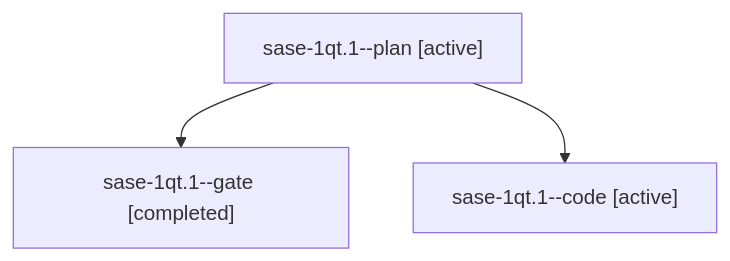
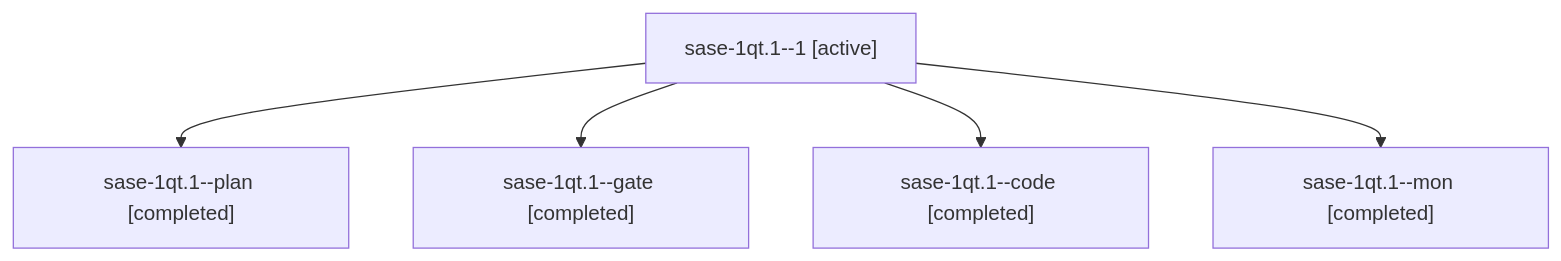
Before and after one commit to sase-org/sase--agents: the diagram in sessions/bbugyi200.athena.sase-1qt.1.md, drawn with Mermaid. The commit also changed other lines of this file and 63 other files, not shown here.

````diff
--- a/sessions/bbugyi200.athena.sase-1qt.1.md
+++ b/sessions/bbugyi200.athena.sase-1qt.1.md
@@ -9,8 +9,12 @@
 ```mermaid
 flowchart TD
-  n0["sase-1qt.1--plan [active]"]
-  n1["sase-1qt.1--gate [completed]"]
+  n0["sase-1qt.1--1 [active]"]
+  n1["sase-1qt.1--plan [completed]"]
   n0 --> n1
-  n2["sase-1qt.1--code [active]"]
+  n2["sase-1qt.1--gate [completed]"]
   n0 --> n2
+  n3["sase-1qt.1--code [completed]"]
+  n0 --> n3
+  n4["sase-1qt.1--mon [completed]"]
+  n0 --> n4
 ```
````
